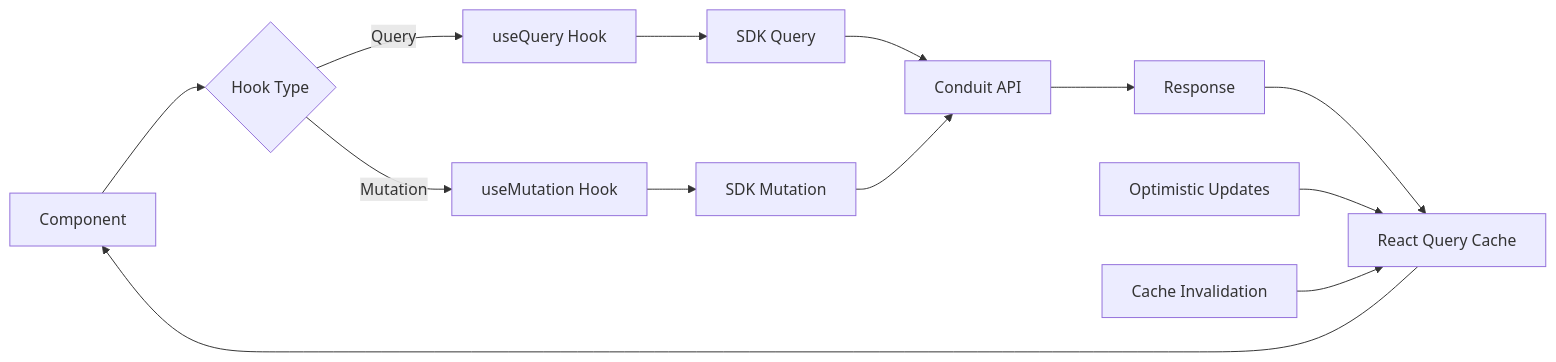
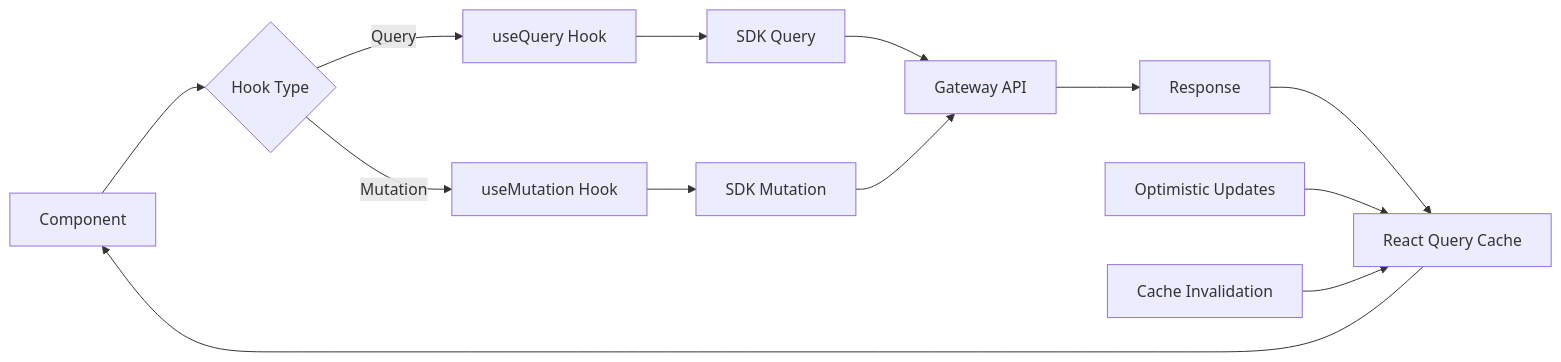
The fifth of 7 diagrams in WebAdmin/docs/ARCHITECTURE.md (knnlabs/Conduit), drawn with Mermaid before and after one commit. The commit also changed other lines of this file and 176 other files, not shown here.

Commit message:
chore: more rename from ConduitLLM.Http to ConduitLLM.Gateway

````diff
--- a/WebAdmin/docs/ARCHITECTURE.md
+++ b/WebAdmin/docs/ARCHITECTURE.md
@@ -98,19 +98,19 @@
 ```mermaid
 graph LR
     A[Component] --> B{Hook Type}
     B -->|Query| C[useQuery Hook]
     B -->|Mutation| D[useMutation Hook]
     
     C --> E[SDK Query]
     D --> F[SDK Mutation]
     
-    E --> G[Conduit API]
+    E --> G[Gateway API]
     F --> G
     
     G --> H[Response]
     H --> I[React Query Cache]
     I --> A
     
     J[Optimistic Updates] --> I
     K[Cache Invalidation] --> I
 ```
````
